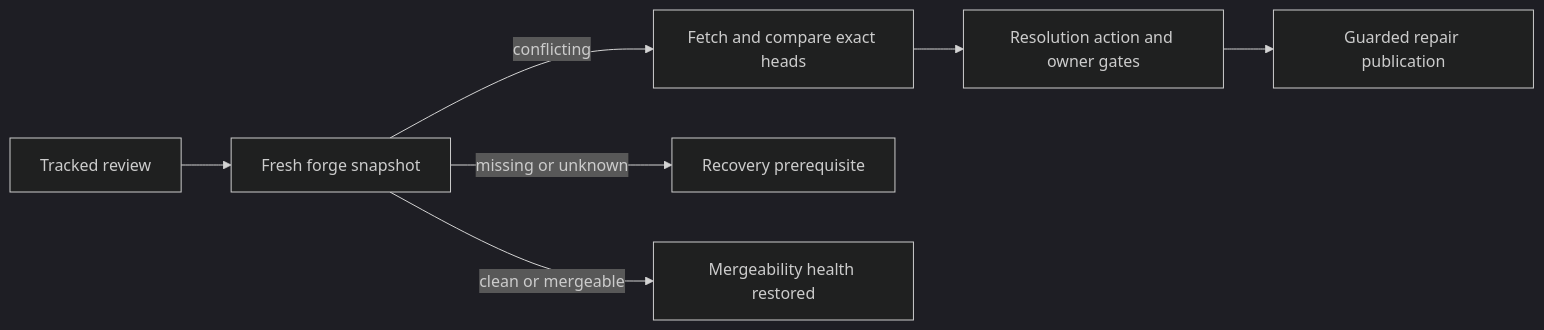
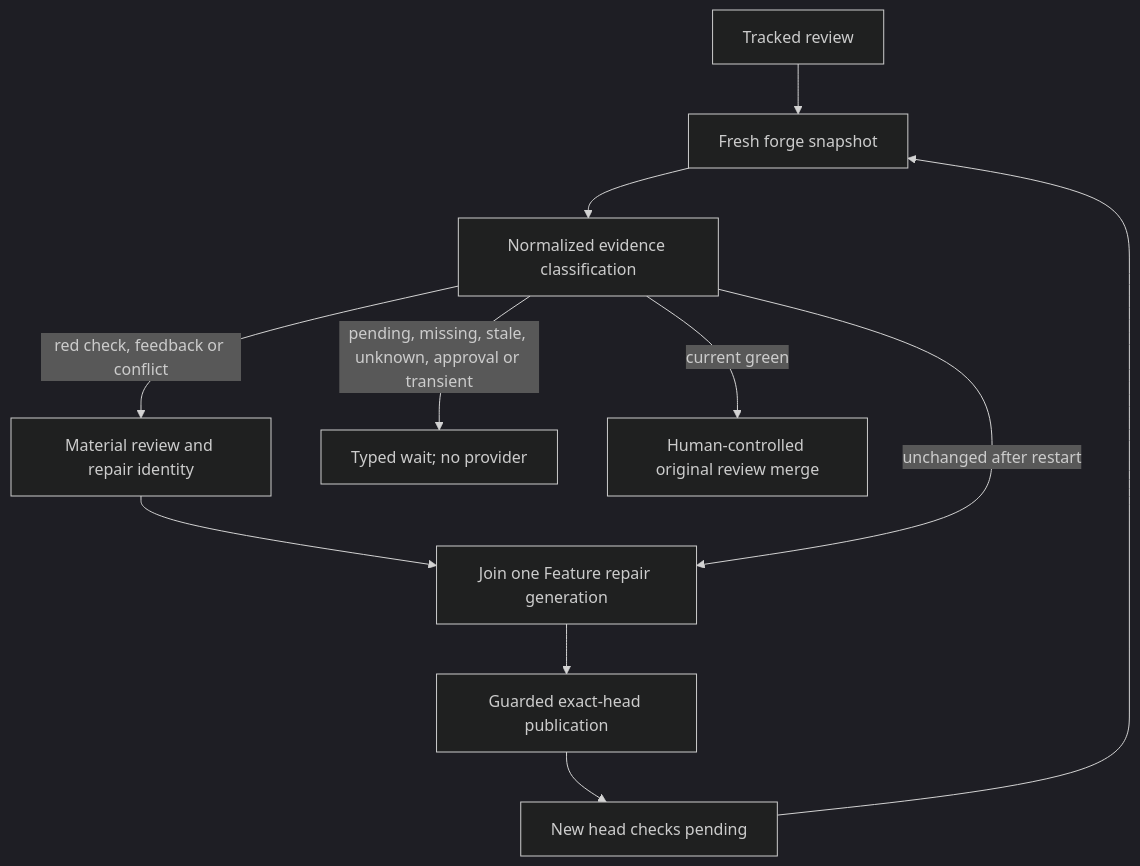
The first of 3 diagrams in cascade/watchdog/DESIGN.md (vincentc-b/CascadeCode), drawn with Mermaid (dark theme) before and after one commit. The commit also changed other lines of this file and 8 other files, not shown here.

First line of the commit message:
task/task_051_003_002: Route actionable review health through one durable repair owner

````diff
--- a/cascade/watchdog/DESIGN.md
+++ b/cascade/watchdog/DESIGN.md
@@ -326,9 +342,13 @@
 ```mermaid
-flowchart LR
+flowchart TD
     Review[Tracked review] --> Snapshot[Fresh forge snapshot]
-    Snapshot -->|conflicting| Heads[Fetch and compare exact heads]
-    Heads --> Admission[Resolution action and owner gates]
-    Admission --> Publish[Guarded repair publication]
-    Snapshot -->|missing or unknown| Wait[Recovery prerequisite]
-    Snapshot -->|clean or mergeable| Healthy[Mergeability health restored]
+    Snapshot --> Classify[Normalized evidence classification]
+    Classify -->|red check, feedback or conflict| Identity[Material review and repair identity]
+    Identity --> Repair[Join one Feature repair generation]
+    Repair --> Publish[Guarded exact-head publication]
+    Publish --> Pending[New head checks pending]
+    Classify -->|pending, missing, stale, unknown, approval or transient| Wait[Typed wait; no provider]
+    Pending --> Snapshot
+    Classify -->|current green| Human[Human-controlled original review merge]
+    Classify -->|unchanged after restart| Repair
 ```
````
